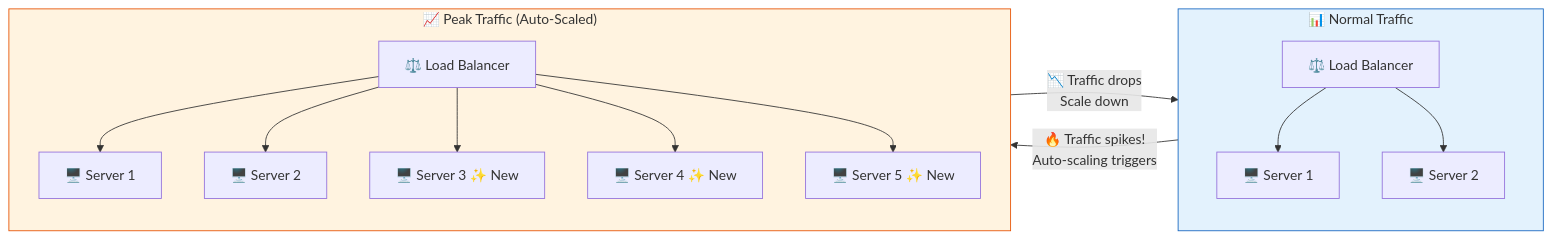
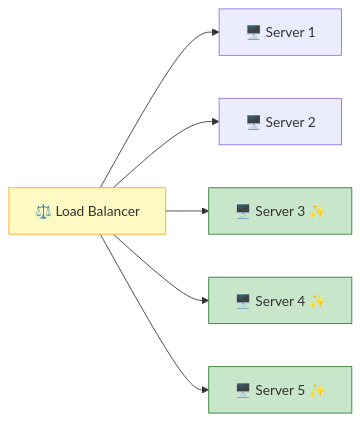
Before and after one commit to pravn27/system-design-tech-doc: diagram 13 of 20 in docs/from-youtube/system-design-basics.md, drawn with Mermaid. The commit also changed other lines of this file, not shown here.

````diff
--- a/docs/from-youtube/system-design-basics.md
+++ b/docs/from-youtube/system-design-basics.md
@@ -435,22 +451,13 @@
 ```mermaid
 graph LR
-    subgraph Normal ["📊 Normal Traffic"]
-        N_LB["⚖️ Load Balancer"] --> N_S1["🖥️ Server 1"]
-        N_LB --> N_S2["🖥️ Server 2"]
-    end
+    P_LB["⚖️ Load Balancer"] --> P_S1["🖥️ Server 1"]
+    P_LB --> P_S2["🖥️ Server 2"]
+    P_LB --> P_S3["🖥️ Server 3 ✨"]
+    P_LB --> P_S4["🖥️ Server 4 ✨"]
+    P_LB --> P_S5["🖥️ Server 5 ✨"]
 
-    Normal -- "🔥 Traffic spikes!\nAuto-scaling triggers" --> Peak
-
-    subgraph Peak ["📈 Peak Traffic (Auto-Scaled)"]
-        P_LB["⚖️ Load Balancer"] --> P_S1["🖥️ Server 1"]
-        P_LB --> P_S2["🖥️ Server 2"]
-        P_LB --> P_S3["🖥️ Server 3 ✨ New"]
-        P_LB --> P_S4["🖥️ Server 4 ✨ New"]
-        P_LB --> P_S5["🖥️ Server 5 ✨ New"]
-    end
-
-    Peak -- "📉 Traffic drops\nScale down" --> Normal
-
-    style Normal fill:#e3f2fd,stroke:#1565c0
-    style Peak fill:#fff3e0,stroke:#e65100
+    style P_LB fill:#fff9c4,stroke:#f9a825
+    style P_S3 fill:#c8e6c9,stroke:#2e7d32
+    style P_S4 fill:#c8e6c9,stroke:#2e7d32
+    style P_S5 fill:#c8e6c9,stroke:#2e7d32
 ```
````
